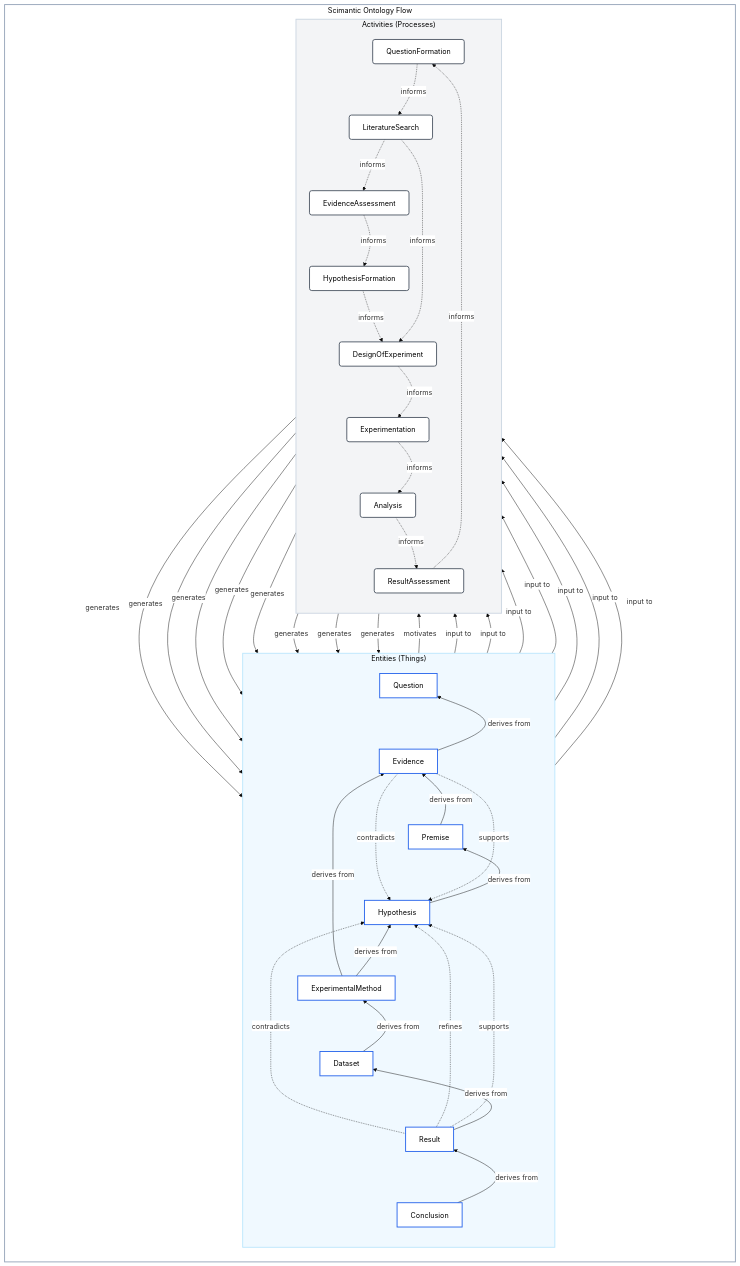
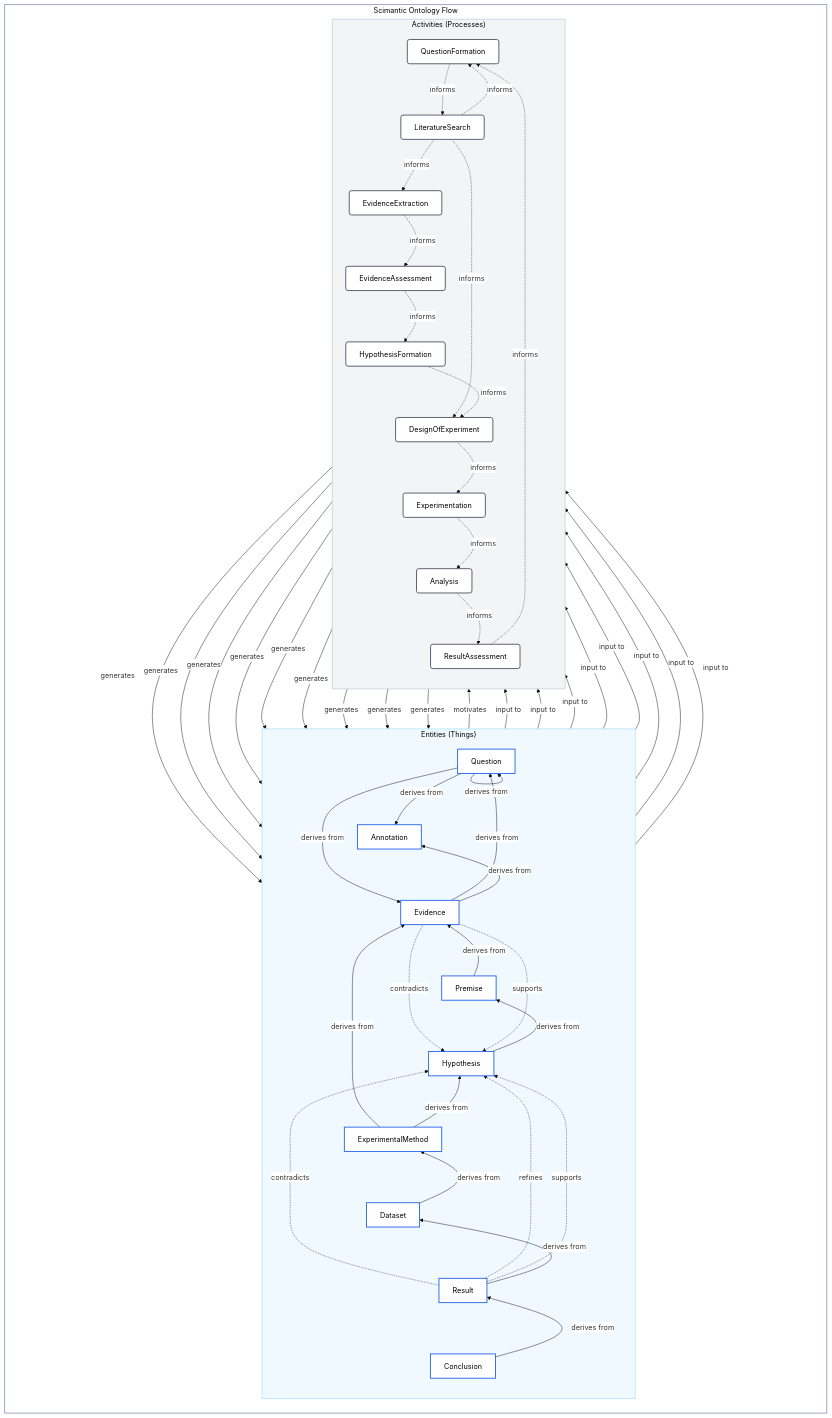
One commit to padamson/scimantic changed the diagram in ontology_graph.mmd. Above: the diagram before and after it, drawn with Mermaid. The commit also changed 19 other files, not shown here.

Commit message:
add annotations and EvidenceExtraction

```diff
--- a/ontology_graph.mmd
+++ b/ontology_graph.mmd
@@ -1,101 +1,113 @@
 %%{
   init: {
     'theme': 'base',
     'themeVariables': {
       'primaryColor': '#ffffff',
       'edgeLabelBackground': '#ffffff',
       'tertiaryColor': '#ffffff'
     },
     'flowchart': {
       'nodeSpacing': 40,
       'rankSpacing': 40
     }
   }
 }%%
 graph TB
     %% Subgraph Definitions using Explicit Lists
     subgraph Scimantic_Ontology ["Scimantic Ontology Flow"]
     direction TB
     subgraph Entities ["Entities (Things)"]
     direction TB
         Question[Question]
+        Annotation[Annotation]
         Evidence[Evidence]
         Premise[Premise]
         Hypothesis[Hypothesis]
         ExperimentalMethod[ExperimentalMethod]
         Dataset[Dataset]
         Result[Result]
         Conclusion[Conclusion]
-        Question ~~~ Evidence
+        Question ~~~ Annotation
+        Annotation ~~~ Evidence
         Evidence ~~~ Premise
         Premise ~~~ Hypothesis
         Hypothesis ~~~ ExperimentalMethod
         ExperimentalMethod ~~~ Dataset
         Dataset ~~~ Result
         Result ~~~ Conclusion
     end
     subgraph Activities ["Activities (Processes)"]
     direction TB
         QuestionFormation[QuestionFormation]
         LiteratureSearch[LiteratureSearch]
+        EvidenceExtraction[EvidenceExtraction]
         EvidenceAssessment[EvidenceAssessment]
         HypothesisFormation[HypothesisFormation]
         DesignOfExperiment[DesignOfExperiment]
         Experimentation[Experimentation]
         Analysis[Analysis]
         ResultAssessment[ResultAssessment]
         QuestionFormation ~~~ LiteratureSearch
-        LiteratureSearch ~~~ EvidenceAssessment
+        LiteratureSearch ~~~ EvidenceExtraction
+        EvidenceExtraction ~~~ EvidenceAssessment
         EvidenceAssessment ~~~ HypothesisFormation
         HypothesisFormation ~~~ DesignOfExperiment
         DesignOfExperiment ~~~ Experimentation
         Experimentation ~~~ Analysis
         Analysis ~~~ ResultAssessment
     end
     end
     %% Relationships (Sorted)
     QuestionFormation -->|generates| Question
     QuestionFormation -.->|informs| LiteratureSearch
+    Question -->|derives from| Question
     Question -->|motivates| LiteratureSearch
-    LiteratureSearch -->|generates| Evidence
-    LiteratureSearch -.->|informs| EvidenceAssessment
+    Question -->|derives from| Evidence
+    Question -->|derives from| Annotation
+    LiteratureSearch -.->|informs| QuestionFormation
     LiteratureSearch -.->|informs| DesignOfExperiment
+    LiteratureSearch -->|generates| Annotation
+    LiteratureSearch -.->|informs| EvidenceExtraction
     Evidence -->|derives from| Question
     Evidence -->|input to| EvidenceAssessment
     Evidence -.->|contradicts| Hypothesis
     Evidence -.->|supports| Hypothesis
     Evidence -->|input to| DesignOfExperiment
+    Evidence -->|derives from| Annotation
     EvidenceAssessment -->|generates| Premise
     EvidenceAssessment -.->|informs| HypothesisFormation
     Premise -->|derives from| Evidence
     Premise -->|input to| HypothesisFormation
     HypothesisFormation -->|generates| Hypothesis
     HypothesisFormation -.->|informs| DesignOfExperiment
     Hypothesis -->|derives from| Premise
     Hypothesis -->|input to| DesignOfExperiment
     DesignOfExperiment -->|generates| ExperimentalMethod
     DesignOfExperiment -.->|informs| Experimentation
     ExperimentalMethod -->|derives from| Evidence
     ExperimentalMethod -->|derives from| Hypothesis
     ExperimentalMethod -->|input to| Experimentation
     Experimentation -->|generates| Dataset
     Experimentation -.->|informs| Analysis
     Dataset -->|derives from| ExperimentalMethod
     Dataset -->|input to| Analysis
     Analysis -->|generates| Result
     Analysis -.->|informs| ResultAssessment
     Result -.->|contradicts| Hypothesis
     Result -.->|refines| Hypothesis
     Result -.->|supports| Hypothesis
     Result -->|derives from| Dataset
     Result -->|input to| ResultAssessment
     ResultAssessment -.->|informs| QuestionFormation
     ResultAssessment -->|generates| Conclusion
     Conclusion -->|derives from| Result
+    EvidenceExtraction -->|generates| Evidence
+    EvidenceExtraction -.->|informs| EvidenceAssessment
+    Annotation -->|input to| EvidenceExtraction
     classDef entity fill:#ffffff,stroke:#2563eb,stroke-width:2px,color:black;
     classDef activity fill:#ffffff,stroke:#4b5563,stroke-width:2px,color:black,rx:5,ry:5;
     style Entities fill:#f0f9ff,stroke:#bae6fd,stroke-width:2px,color:black
     style Activities fill:#f3f4f6,stroke:#cbd5e1,stroke-width:2px,color:black
     style Scimantic_Ontology fill:#ffffff,stroke:#94a3b8,stroke-width:2px,color:black
-    class Question,Evidence,Premise,Hypothesis,ExperimentalMethod,Dataset,Result,Conclusion entity;
-    class QuestionFormation,LiteratureSearch,EvidenceAssessment,HypothesisFormation,DesignOfExperiment,Experimentation,Analysis,ResultAssessment activity;
+    class Question,Annotation,Evidence,Premise,Hypothesis,ExperimentalMethod,Dataset,Result,Conclusion entity;
+    class QuestionFormation,LiteratureSearch,EvidenceExtraction,EvidenceAssessment,HypothesisFormation,DesignOfExperiment,Experimentation,Analysis,ResultAssessment activity;
```
